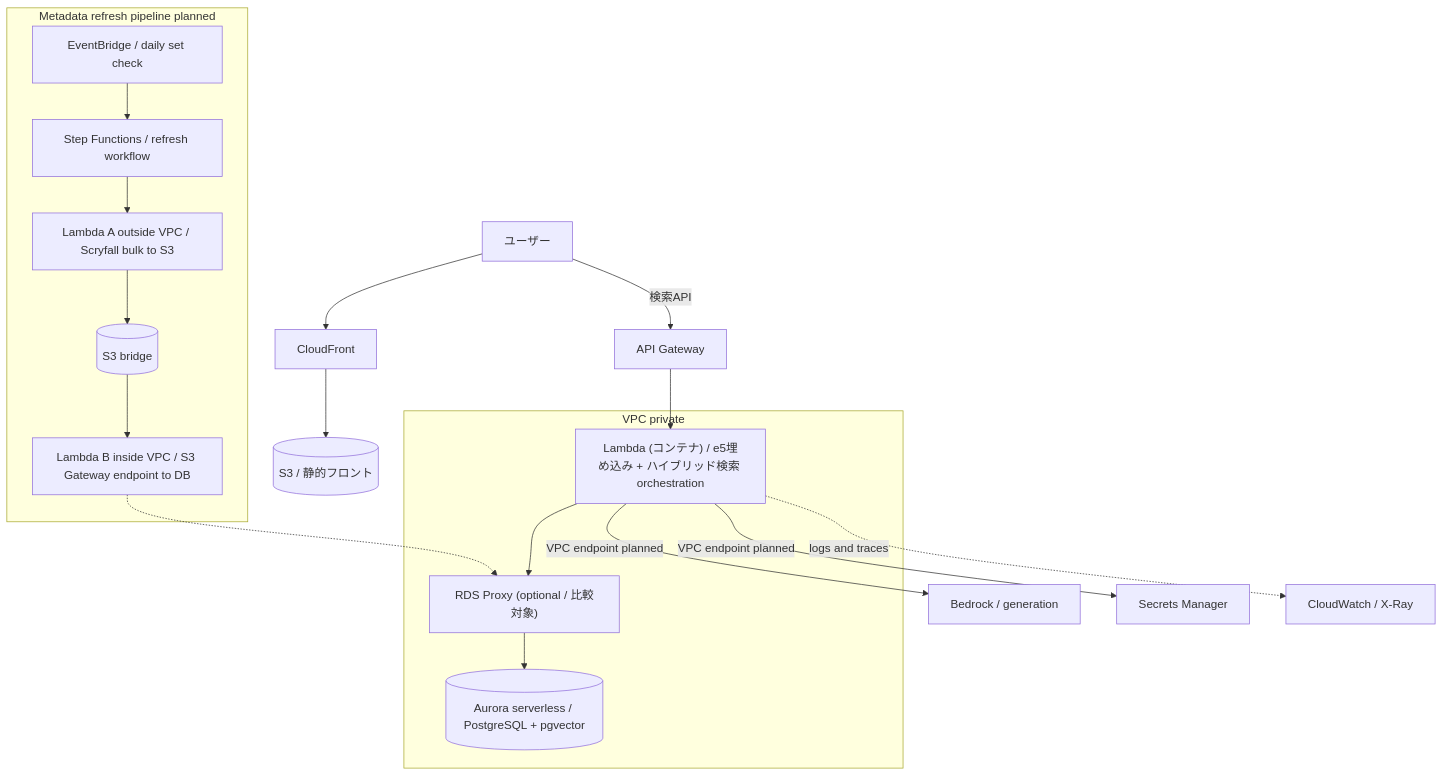
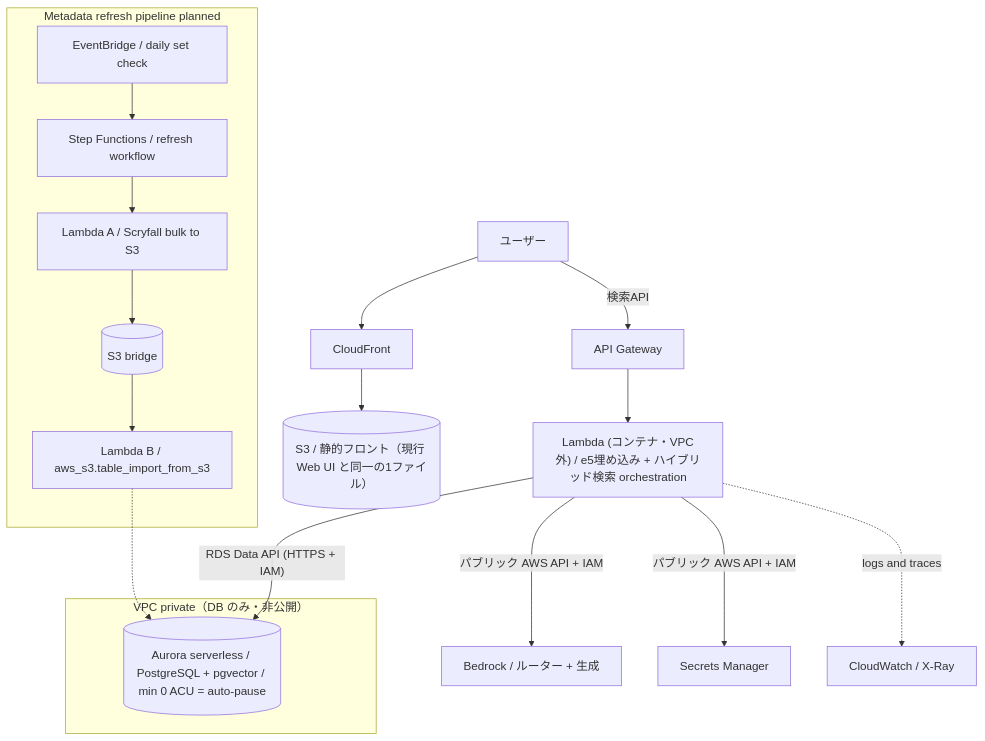
One commit to Sakaihashizo/mtg-rag changed the third of 3 diagrams in README.md. Above: the diagram before and after it, drawn with Mermaid. The commit also changed other lines of this file, not shown here.

First line of the commit message:
README weekly update: gates x5, validators x3, RRF ablation, web UI, AWS cost

````diff
--- a/README.md
+++ b/README.md
@@ -191,22 +199,22 @@
 ```mermaid
 flowchart TB
     user["ユーザー"] --> cf["CloudFront"]
-    cf --> s3f[("S3 / 静的フロント")]
+    cf --> s3f[("S3 / 静的フロント（現行 Web UI と同一の1ファイル）")]
     user -->|検索API| apigw["API Gateway"]
-    apigw --> lam["Lambda (コンテナ) / e5埋め込み + ハイブリッド検索 orchestration"]
-    subgraph vpc [VPC private]
-        lam --> proxy["RDS Proxy (optional / 比較対象)"]
-        proxy --> aurora[("Aurora serverless / PostgreSQL + pgvector")]
+    apigw --> lam["Lambda (コンテナ・VPC外) / e5埋め込み + ハイブリッド検索 orchestration"]
+    subgraph vpc [VPC private（DB のみ・非公開）]
+        aurora[("Aurora serverless / PostgreSQL + pgvector / min 0 ACU = auto-pause")]
     end
-    lam -->|"VPC endpoint planned"| bedrock["Bedrock / generation"]
-    lam -->|"VPC endpoint planned"| secrets["Secrets Manager"]
+    lam -->|"RDS Data API (HTTPS + IAM)"| aurora
+    lam -->|パブリック AWS API + IAM| bedrock["Bedrock / ルーター + 生成"]
+    lam -->|パブリック AWS API + IAM| secrets["Secrets Manager"]
     lam -. logs and traces .-> cw["CloudWatch / X-Ray"]
 
     subgraph refresh [Metadata refresh pipeline planned]
         eb["EventBridge / daily set check"] --> sfn["Step Functions / refresh workflow"]
-        sfn --> lamA["Lambda A outside VPC / Scryfall bulk to S3"]
+        sfn --> lamA["Lambda A / Scryfall bulk to S3"]
         lamA --> s3b[("S3 bridge")]
-        s3b --> lamB["Lambda B inside VPC / S3 Gateway endpoint to DB"]
+        s3b --> lamB["Lambda B / aws_s3.table_import_from_s3"]
     end
-    lamB -.-> proxy
+    lamB -.-> aurora
 ```
````
